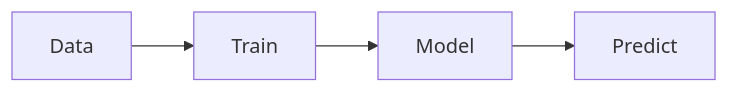
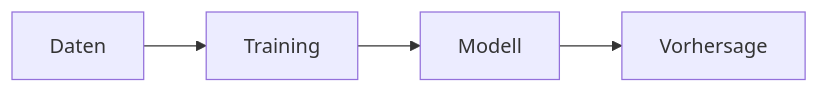
Before and after one commit to EmersonBraun/ai-summary-hub: the diagram in i18n/de/docusaurus-plugin-content-docs/current/fundamentals/machine-learning.md, drawn with Mermaid. The commit also changed other lines of this file and 384 other files, not shown here.

````diff
--- a/i18n/de/docusaurus-plugin-content-docs/current/fundamentals/machine-learning.md
+++ b/i18n/de/docusaurus-plugin-content-docs/current/fundamentals/machine-learning.md
@@ -17,6 +17,6 @@
 ```mermaid
 flowchart LR
-  Data[Data] --> Train[Train]
-  Train --> Model[Model]
-  Model --> Predict[Predict]
+  Data[Daten] --> Train[Training]
+  Train --> Model[Modell]
+  Model --> Predict[Vorhersage]
 ```
````
